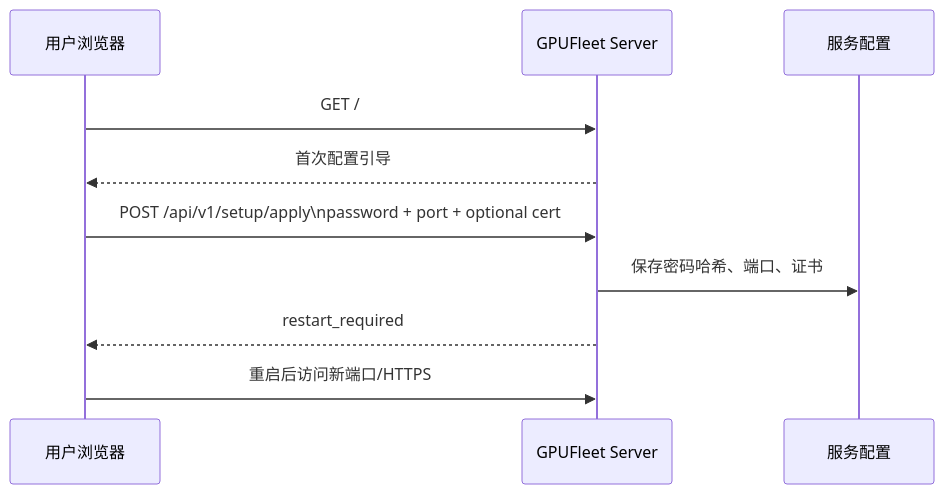
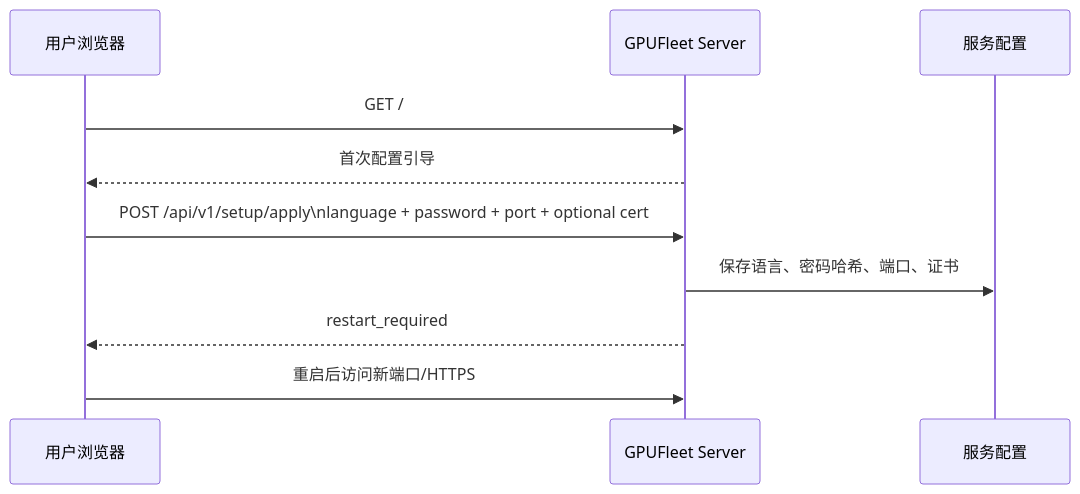
One commit to stlin256/GPU-Fleet changed the fifth of 8 diagrams in README.md. Above: the diagram before and after it, drawn with Mermaid. The commit also changed other lines of this file and 23 other files, not shown here.

````diff
--- a/README.md
+++ b/README.md
@@ -156,13 +159,13 @@
 ```mermaid
 sequenceDiagram
   participant User as 用户浏览器
   participant Server as GPUFleet Server
   participant Config as 服务配置
 
   User->>Server: GET /
   Server-->>User: 首次配置引导
-  User->>Server: POST /api/v1/setup/apply\npassword + port + optional cert
-  Server->>Config: 保存密码哈希、端口、证书
+  User->>Server: POST /api/v1/setup/apply\nlanguage + password + port + optional cert
+  Server->>Config: 保存语言、密码哈希、端口、证书
   Server-->>User: restart_required
   User->>Server: 重启后访问新端口/HTTPS
 ```
````
